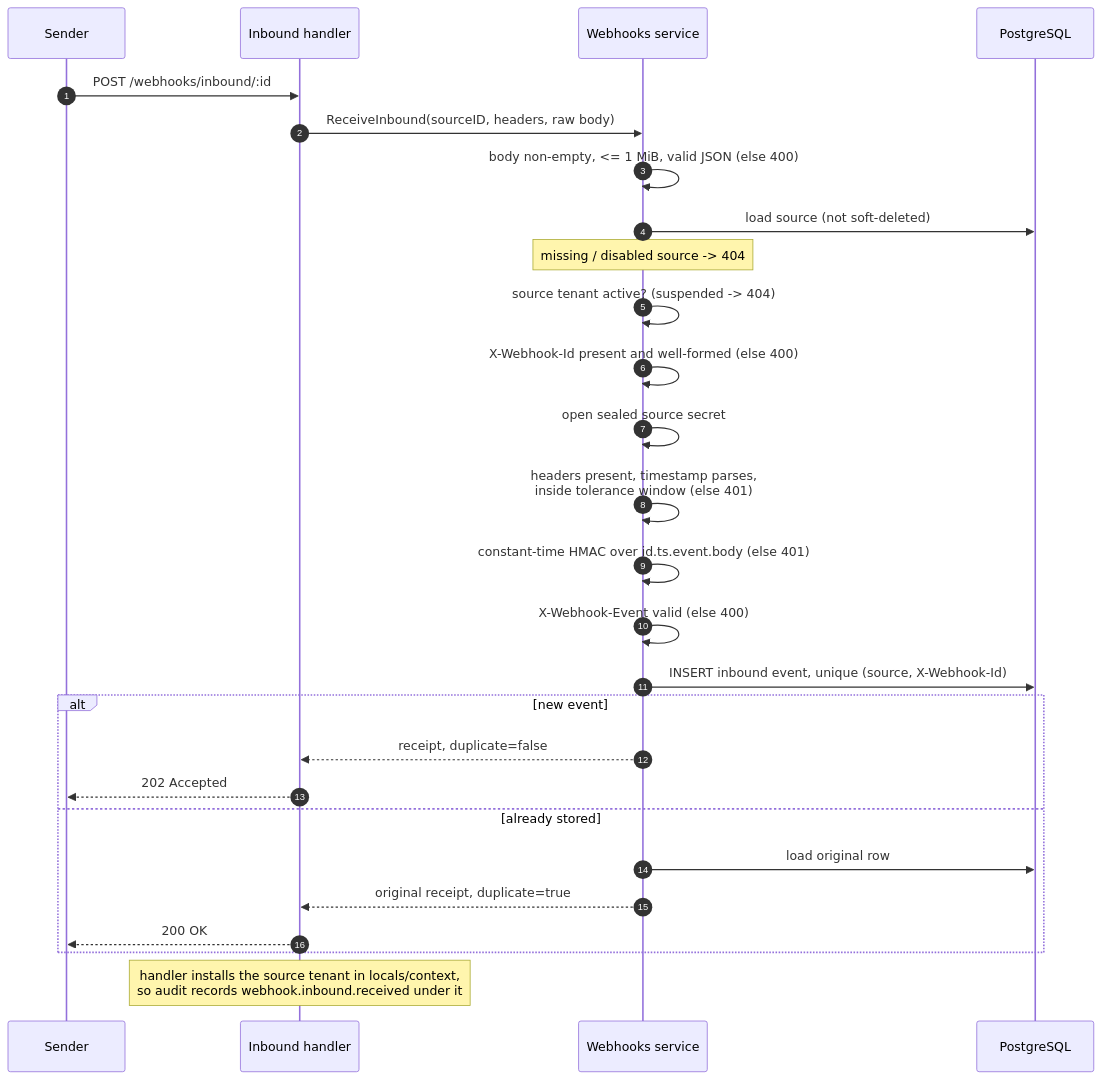
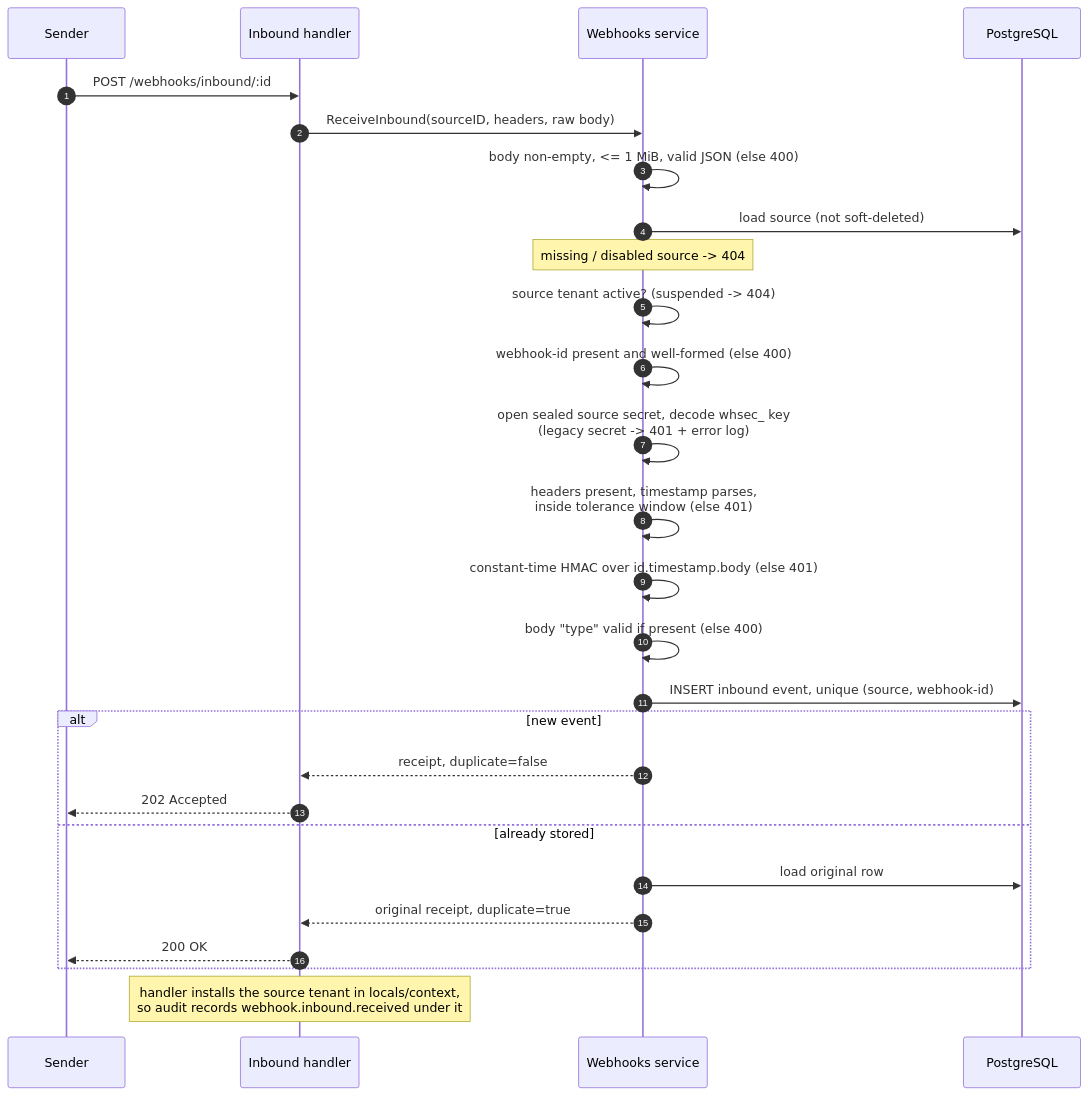
One commit to chuanghiduoc/fiber-golang-boilerplate changed the fifth of 5 diagrams in docs/webhooks.md. Above: the diagram before and after it, drawn with Mermaid. The commit also changed other lines of this file and 87 other files, not shown here.

````diff
--- a/docs/webhooks.md
+++ b/docs/webhooks.md
@@ -320,30 +387,30 @@
 ```mermaid
 sequenceDiagram
     autonumber
     participant S as Sender
     participant H as Inbound handler
     participant SV as Webhooks service
     participant DB as PostgreSQL
 
     S->>H: POST /webhooks/inbound/:id
     H->>SV: ReceiveInbound(sourceID, headers, raw body)
     SV->>SV: body non-empty, <= 1 MiB, valid JSON (else 400)
     SV->>DB: load source (not soft-deleted)
     Note over SV: missing / disabled source -> 404
     SV->>SV: source tenant active? (suspended -> 404)
-    SV->>SV: X-Webhook-Id present and well-formed (else 400)
-    SV->>SV: open sealed source secret
+    SV->>SV: webhook-id present and well-formed (else 400)
+    SV->>SV: open sealed source secret, decode whsec_ key<br/>(legacy secret -> 401 + error log)
     SV->>SV: headers present, timestamp parses,<br/>inside tolerance window (else 401)
-    SV->>SV: constant-time HMAC over id.ts.event.body (else 401)
-    SV->>SV: X-Webhook-Event valid (else 400)
-    SV->>DB: INSERT inbound event, unique (source, X-Webhook-Id)
+    SV->>SV: constant-time HMAC over id.timestamp.body (else 401)
+    SV->>SV: body "type" valid if present (else 400)
+    SV->>DB: INSERT inbound event, unique (source, webhook-id)
     alt new event
         SV-->>H: receipt, duplicate=false
         H-->>S: 202 Accepted
     else already stored
         SV->>DB: load original row
         SV-->>H: original receipt, duplicate=true
         H-->>S: 200 OK
     end
     Note over H: handler installs the source tenant in locals/context,<br/>so audit records webhook.inbound.received under it
 ```
````
